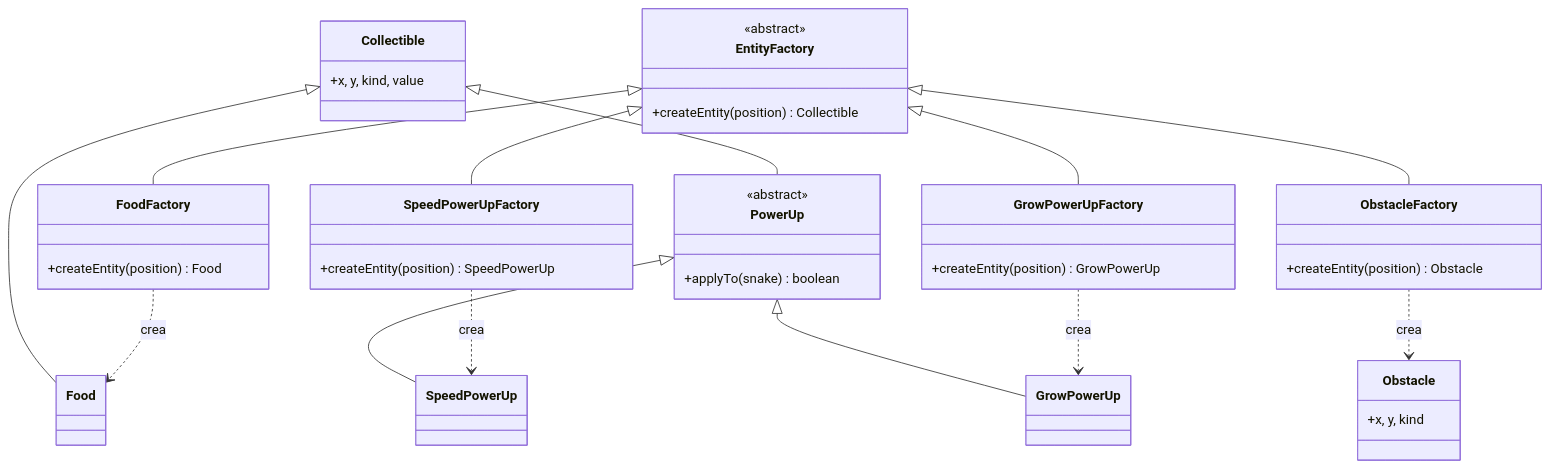
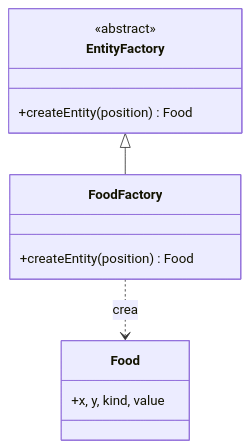
The diagram in snake-despues/docs/patrones/factory-method-entityfactory.md (Duvanmarriaga/snakes_especializacion), drawn with Mermaid before and after one commit. The commit also changed other lines of this file and 21 other files, not shown here.

````diff
--- a/snake-despues/docs/patrones/factory-method-entityfactory.md
+++ b/snake-despues/docs/patrones/factory-method-entityfactory.md
@@ -11,45 +11,16 @@
 ```mermaid
 classDiagram
     class EntityFactory {
         <<abstract>>
-        +createEntity(position) Collectible
+        +createEntity(position) Food
     }
     class FoodFactory {
         +createEntity(position) Food
     }
-    class SpeedPowerUpFactory {
-        +createEntity(position) SpeedPowerUp
-    }
-    class GrowPowerUpFactory {
-        +createEntity(position) GrowPowerUp
-    }
-    class ObstacleFactory {
-        +createEntity(position) Obstacle
-    }
-    class Collectible {
+    class Food {
         +x, y, kind, value
-    }
-    class Food
-    class PowerUp {
-        <<abstract>>
-        +applyTo(snake) boolean
-    }
-    class SpeedPowerUp
-    class GrowPowerUp
-    class Obstacle {
-        +x, y, kind
     }
 
     EntityFactory <|-- FoodFactory
-    EntityFactory <|-- SpeedPowerUpFactory
-    EntityFactory <|-- GrowPowerUpFactory
-    EntityFactory <|-- ObstacleFactory
-    Collectible <|-- Food
-    Collectible <|-- PowerUp
-    PowerUp <|-- SpeedPowerUp
-    PowerUp <|-- GrowPowerUp
     FoodFactory ..> Food : crea
-    SpeedPowerUpFactory ..> SpeedPowerUp : crea
-    GrowPowerUpFactory ..> GrowPowerUp : crea
-    ObstacleFactory ..> Obstacle : crea
 ```
````
